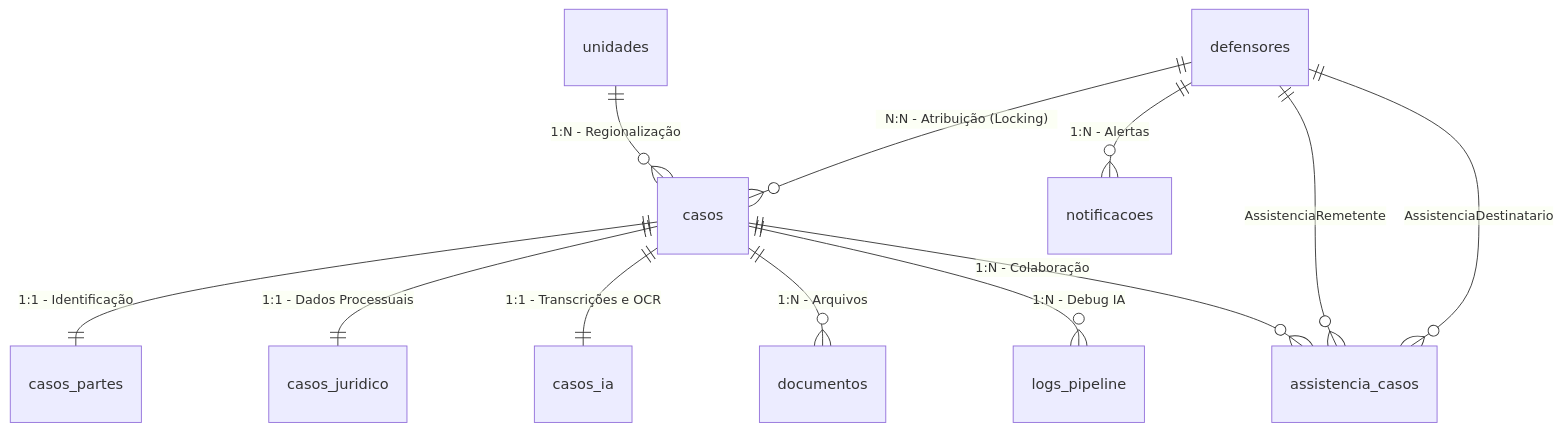
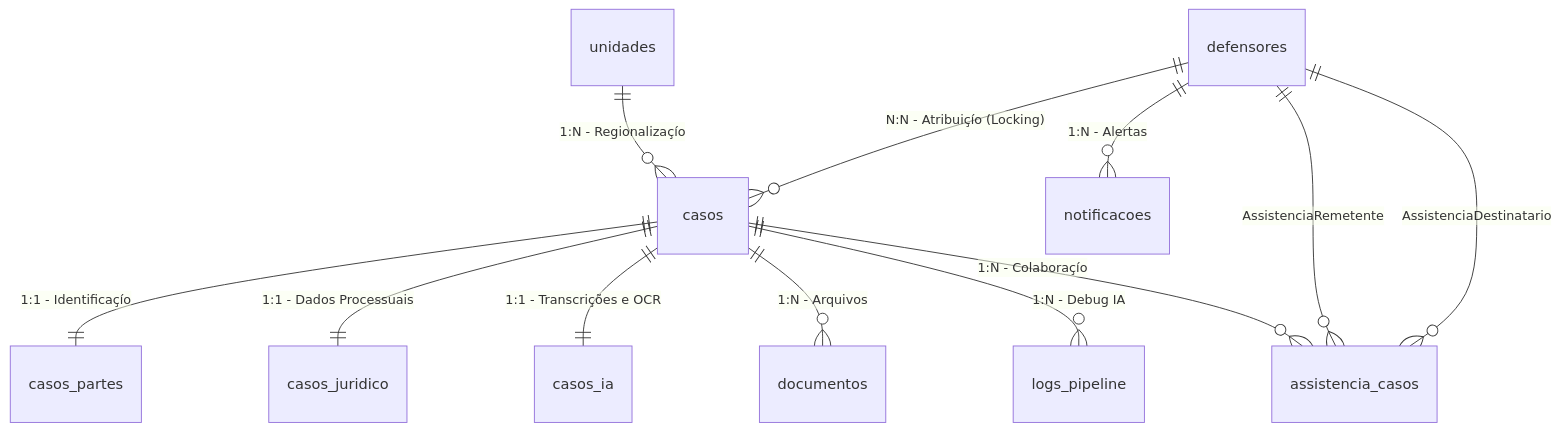
Before and after one commit to CJVW-Code/maes_acao: the fourth of 4 diagrams in claude.md, drawn with Mermaid. The commit also changed other lines of this file and 22 other files, not shown here.

````diff
--- a/claude.md
+++ b/claude.md
@@ -1190,14 +1204,14 @@
 ```mermaid
 erDiagram
-    casos ||--|| casos_partes : "1:1 - Identificação"
+    casos ||--|| casos_partes : "1:1 - Identificaçío"
     casos ||--|| casos_juridico : "1:1 - Dados Processuais"
     casos ||--|| casos_ia : "1:1 - Transcrições e OCR"
     casos ||--o{ documentos : "1:N - Arquivos"
     casos ||--o{ logs_pipeline : "1:N - Debug IA"
-    casos ||--o{ assistencia_casos : "1:N - Colaboração"
-    unidades ||--o{ casos : "1:N - Regionalização"
-    defensores ||--o{ casos : "N:N - Atribuição (Locking)"
+    casos ||--o{ assistencia_casos : "1:N - Colaboraçío"
+    unidades ||--o{ casos : "1:N - Regionalizaçío"
+    defensores ||--o{ casos : "N:N - Atribuiçío (Locking)"
     defensores ||--o{ assistencia_casos : "AssistenciaRemetente"
     defensores ||--o{ assistencia_casos : "AssistenciaDestinatario"
     defensores ||--o{ notificacoes : "1:N - Alertas"
 ```
````
